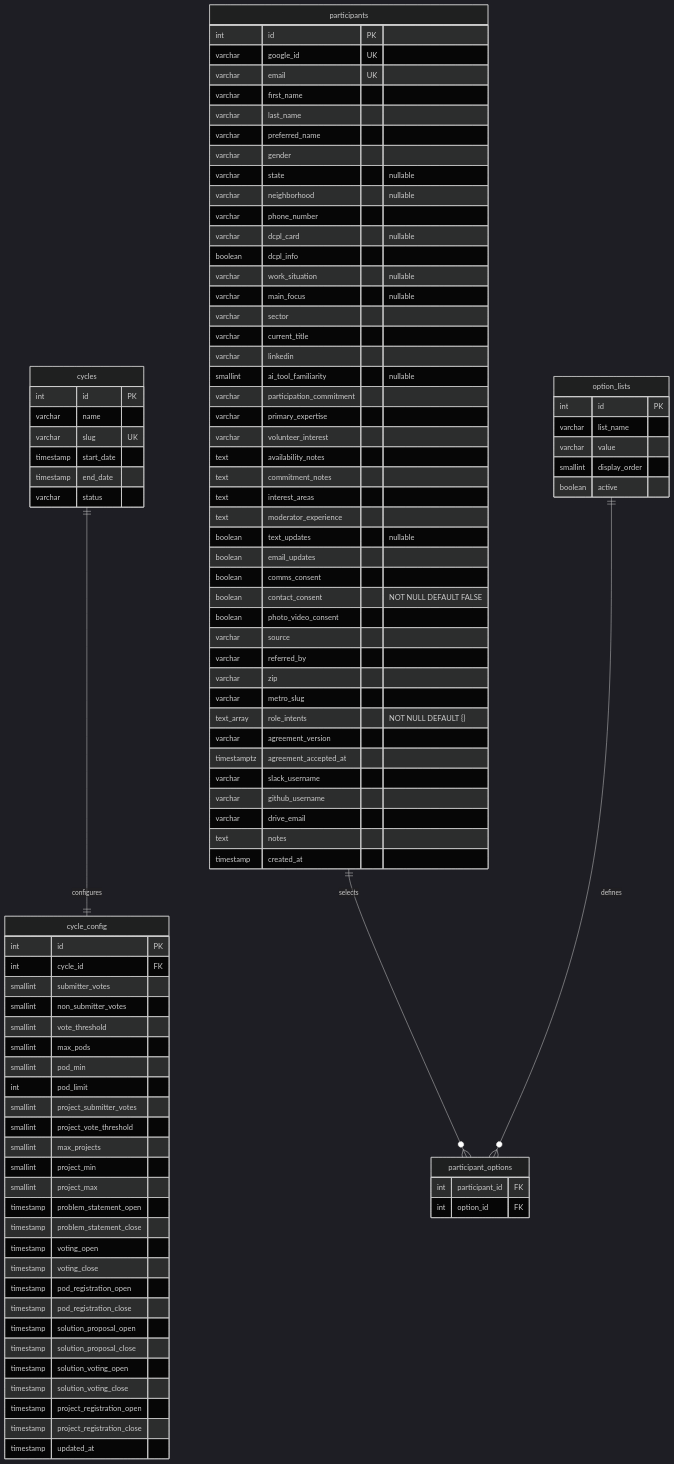
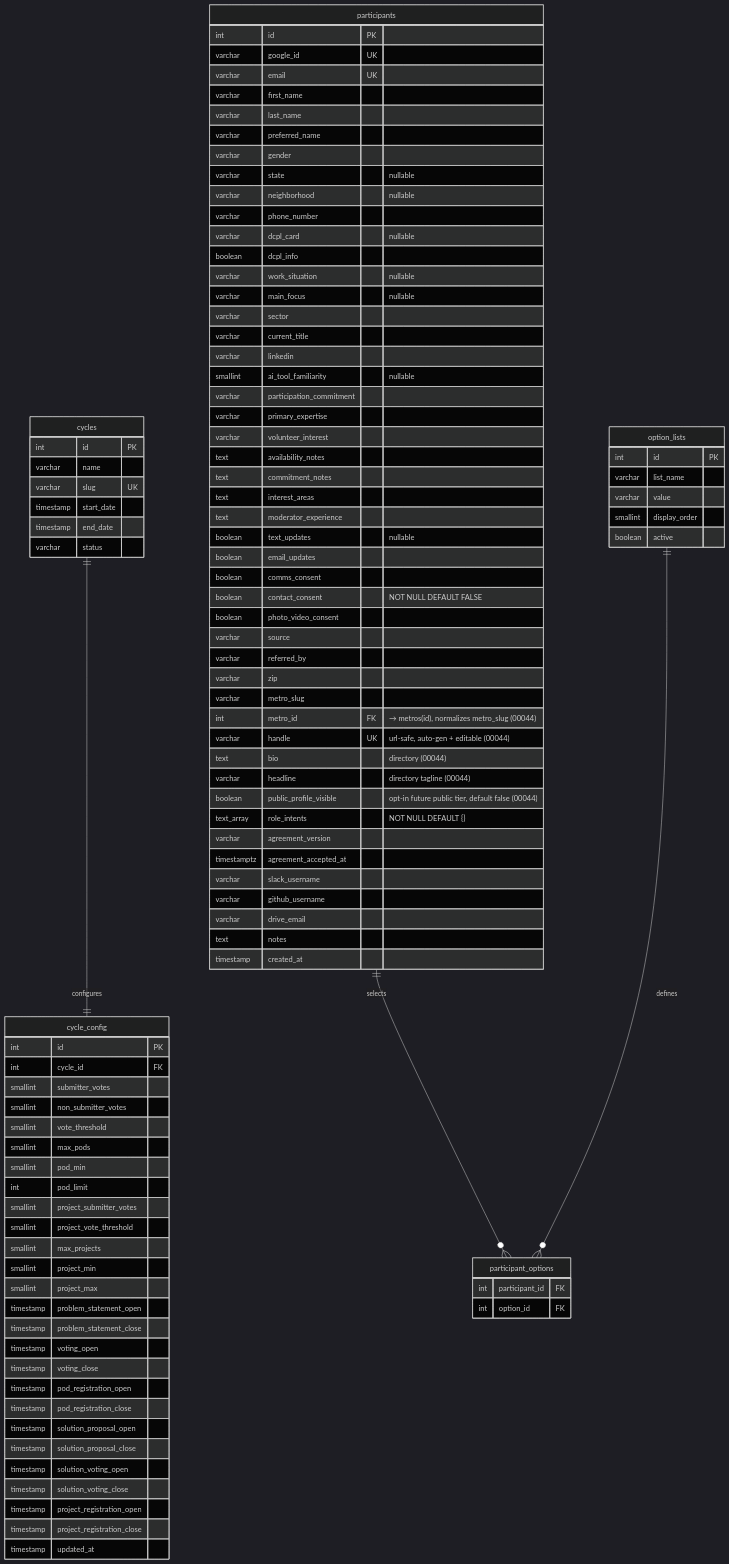
Before and after one commit to TheUpskillingLabs/OLOS: the second of 7 diagrams in SCHEMA.md, drawn with Mermaid (dark theme). The commit also changed 17 other files, not shown here.

First line of the commit message:
Add the community directory (roadmap Phase 2 — Directory + Me)

```diff
--- a/SCHEMA.md
+++ b/SCHEMA.md
@@ -115,6 +115,11 @@
         varchar referred_by
         varchar zip
         varchar metro_slug
+        int metro_id FK "→ metros(id), normalizes metro_slug (00044)"
+        varchar handle UK "url-safe, auto-gen + editable (00044)"
+        text bio "directory (00044)"
+        varchar headline "directory tagline (00044)"
+        boolean public_profile_visible "opt-in future public tier, default false (00044)"
         text_array role_intents "NOT NULL DEFAULT {}"
         varchar agreement_version
         timestamptz agreement_accepted_at
```
